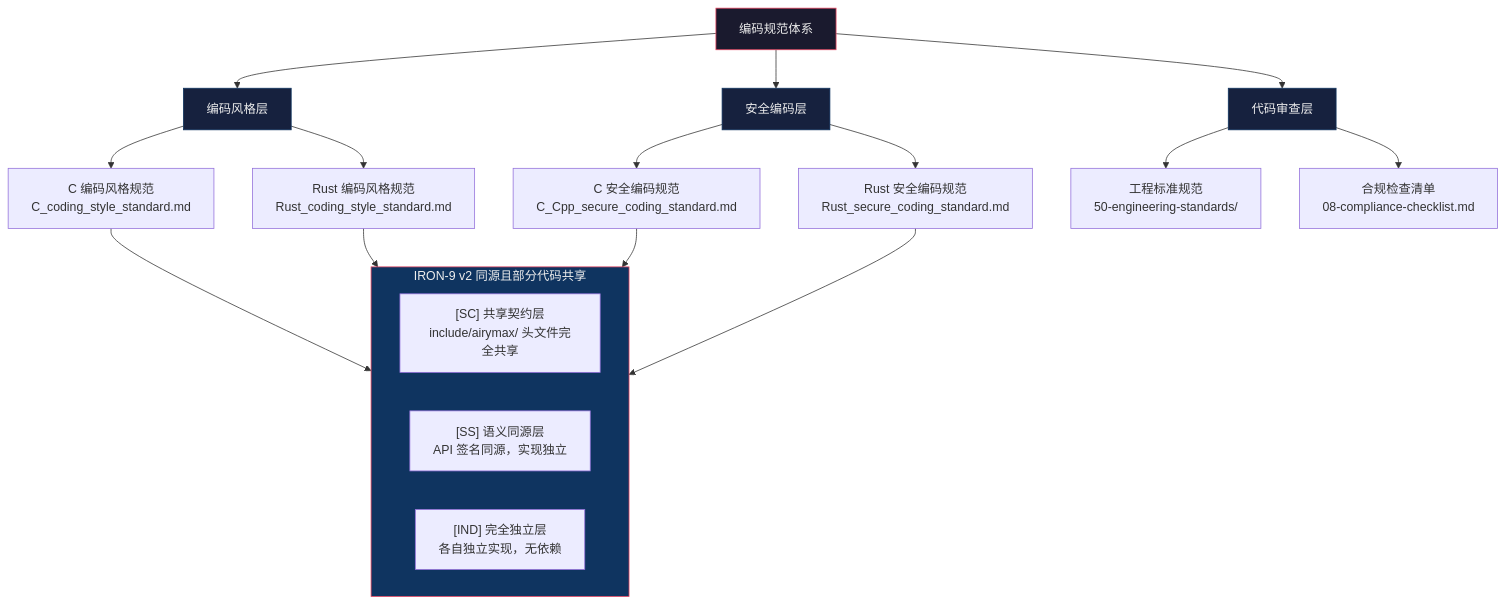
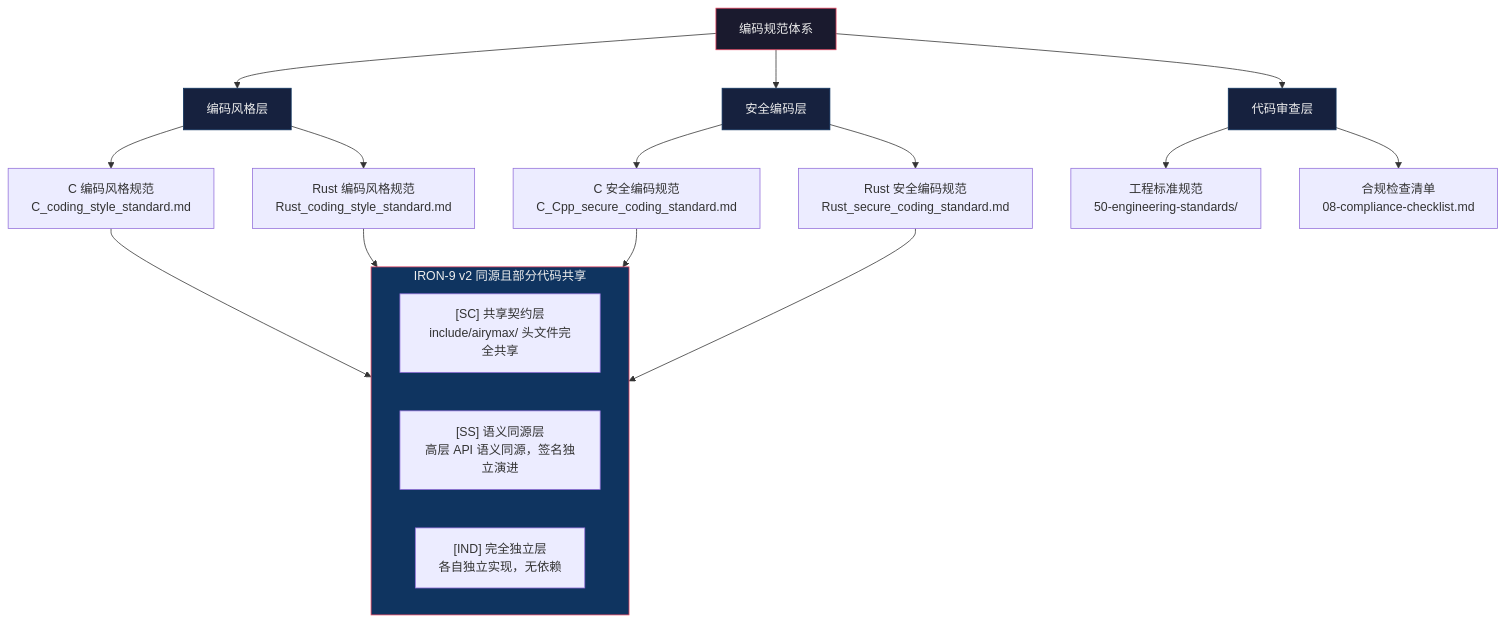
Before and after one commit to openairymax/docs: the first of 2 diagrams in AirymaxOS/50-engineering-standards/10-coding-style/README.md, drawn with Mermaid. The commit also changed other lines of this file and 239 other files, not shown here.

````diff
--- a/AirymaxOS/50-engineering-standards/10-coding-style/README.md
+++ b/AirymaxOS/50-engineering-standards/10-coding-style/README.md
@@ -51,32 +51,32 @@
 ```mermaid
 graph TD
     A["编码规范体系"] --> B["编码风格层"]
     A --> C["安全编码层"]
     A --> D["代码审查层"]
 
     B --> B1["C 编码风格规范<br/>C_coding_style_standard.md"]
     B --> B2["Rust 编码风格规范<br/>Rust_coding_style_standard.md"]
 
     C --> C1["C 安全编码规范<br/>C_Cpp_secure_coding_standard.md"]
     C --> C2["Rust 安全编码规范<br/>Rust_secure_coding_standard.md"]
 
     D --> D1["工程标准规范<br/>50-engineering-standards/"]
     D --> D2["合规检查清单<br/>08-compliance-checklist.md"]
 
     B1 --> IRON["IRON-9 v2 三层模型"]
     B2 --> IRON
     C1 --> IRON
     C2 --> IRON
 
     subgraph IRON["IRON-9 v2 同源且部分代码共享"]
         SC["[SC] 共享契约层<br/>include/airymax/ 头文件完全共享"]
-        SS["[SS] 语义同源层<br/>API 签名同源，实现独立"]
+        SS["[SS] 语义同源层<br/>高层 API 语义同源，签名独立演进"]
         IND["[IND] 完全独立层<br/>各自独立实现，无依赖"]
     end
 
     style A fill:#1a1a2e,stroke:#e94560,color:#eee
     style B fill:#16213e,stroke:#0f3460,color:#eee
     style C fill:#16213e,stroke:#0f3460,color:#eee
     style D fill:#16213e,stroke:#0f3460,color:#eee
     style IRON fill:#0f3460,stroke:#e94560,color:#eee
 ```
````
